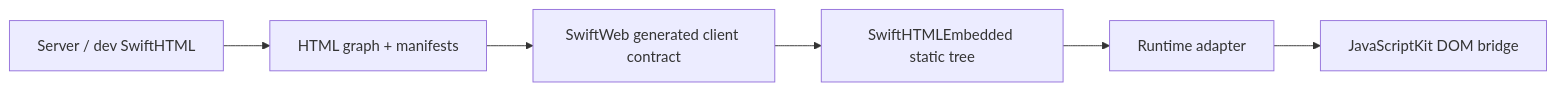
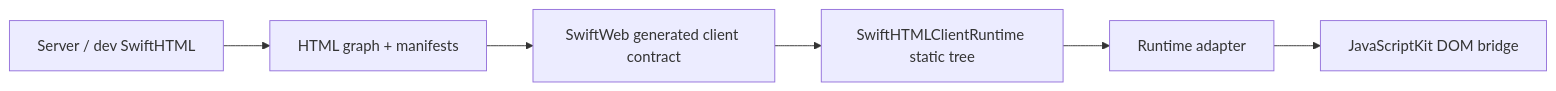
The fifth of 31 diagrams in docs/SwiftHTML.md (1amageek/swift-html), drawn with Mermaid before and after one commit. The commit also changed other lines of this file and 25 other files, not shown here.

````diff
--- a/docs/SwiftHTML.md
+++ b/docs/SwiftHTML.md
@@ -193,8 +194,8 @@
 ```mermaid
 flowchart LR
     A["Server / dev SwiftHTML"] --> B["HTML graph + manifests"]
     B --> C["SwiftWeb generated client contract"]
-    C --> D["SwiftHTMLEmbedded static tree"]
+    C --> D["SwiftHTMLClientRuntime static tree"]
     D --> E["Runtime adapter"]
     E --> F["JavaScriptKit DOM bridge"]
 ```
````
